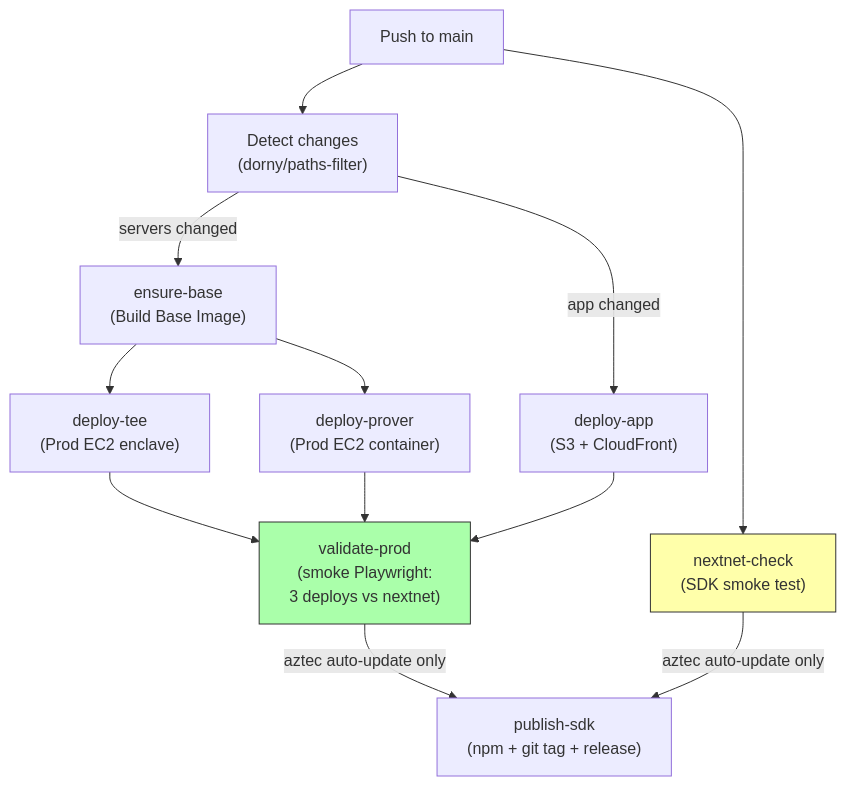
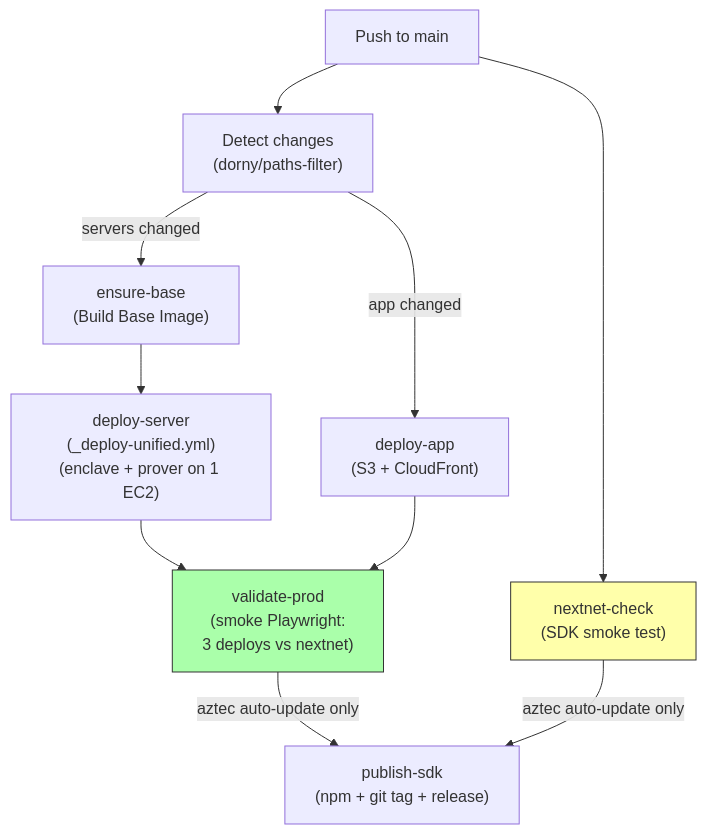
The fourth of 6 diagrams in docs/ci-pipeline.md (alejoamiras/tee-rex), drawn with Mermaid before and after one commit. The commit also changed other lines of this file and 2 other files, not shown here.

````diff
--- a/docs/ci-pipeline.md
+++ b/docs/ci-pipeline.md
@@ -113,18 +112,17 @@
 ```mermaid
 graph TD
     push["Push to main"] --> changes["Detect changes\n(dorny/paths-filter)"]
 
     changes -->|servers changed| base["ensure-base\n(Build Base Image)"]
     changes -->|app changed| app["deploy-app\n(S3 + CloudFront)"]
     push --> nextnet["nextnet-check\n(SDK smoke test)"]
 
-    base --> tee["deploy-tee\n(Prod EC2 enclave)"]
-    base --> prover["deploy-prover\n(Prod EC2 container)"]
+    base --> server["deploy-server\n(_deploy-unified.yml)\n(enclave + prover on 1 EC2)"]
 
-    tee & prover & app --> validate["validate-prod\n(smoke Playwright:\n3 deploys vs nextnet)"]
+    server & app --> validate["validate-prod\n(smoke Playwright:\n3 deploys vs nextnet)"]
 
     validate & nextnet -->|aztec auto-update only| publish["publish-sdk\n(npm + git tag + release)"]
 
     style validate fill:#afa,stroke:#333
     style nextnet fill:#ffa,stroke:#333
 ```
````
